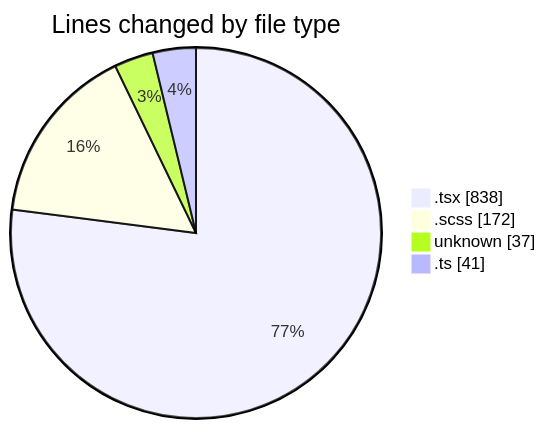
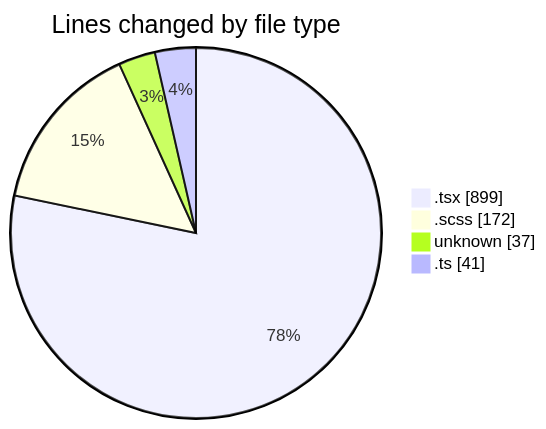
Before and after one commit to momahboobian/code-tracking: the first of 2 diagrams in 2025-09-16/cda/README.md, drawn with Mermaid. The commit also changed other lines of this file and 1 other file, not shown here.

````diff
--- a/2025-09-16/cda/README.md
+++ b/2025-09-16/cda/README.md
@@ -27,8 +28,8 @@
 ```mermaid
 pie showData
 title Lines changed by file type
-".tsx" : 838
+".tsx" : 899
 ".scss" : 172
 "unknown" : 37
 ".ts" : 41
 ```
````
